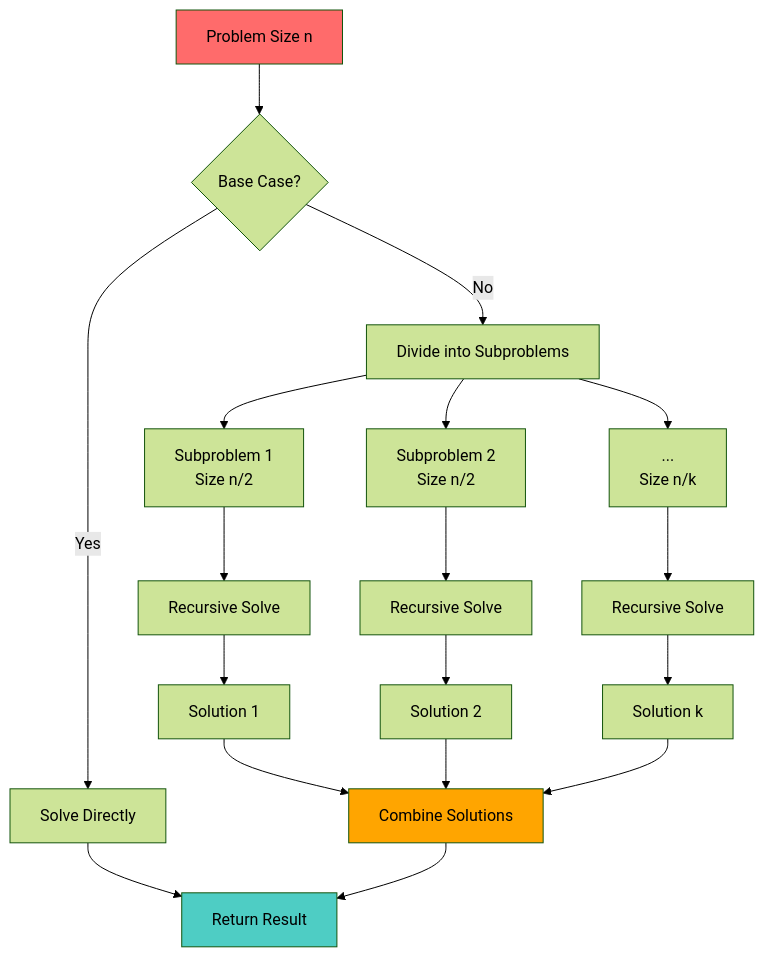
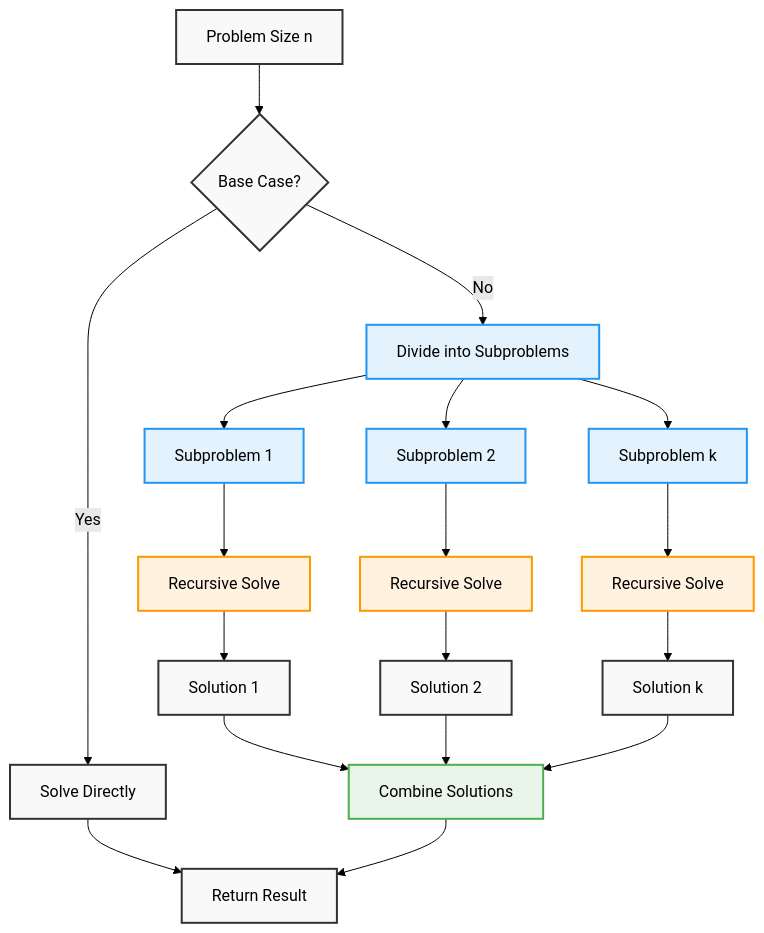
The sixth of 17 diagrams in concepts/algorithm-design.md (AbhishekGiri04/Algorithmics-Foundations), drawn with Mermaid (forest theme) before and after one commit. The commit also changed other lines of this file, not shown here.

Commit message:
Complete algorithm design guide with professional diagrams and comprehensive coverage

````diff
--- a/concepts/algorithm-design.md
+++ b/concepts/algorithm-design.md
@@ -312,28 +256,32 @@
 ```mermaid
 flowchart TD
     A["Problem Size n"] --> B{"Base Case?"}
     B -->|Yes| C["Solve Directly"]
     B -->|No| D["Divide into Subproblems"]
     
-    D --> E["Subproblem 1<br/>Size n/2"]
-    D --> F["Subproblem 2<br/>Size n/2"]
-    D --> G["...<br/>Size n/k"]
+    D --> E["Subproblem 1"]
+    D --> F["Subproblem 2"]
+    D --> G["Subproblem k"]
     
     E --> H["Recursive Solve"]
     F --> I["Recursive Solve"]
     G --> J["Recursive Solve"]
     
     H --> K["Solution 1"]
     I --> L["Solution 2"]
     J --> M["Solution k"]
     
     K --> N["Combine Solutions"]
     L --> N
     M --> N
     C --> O["Return Result"]
     N --> O
     
-    style A fill:#ff6b6b
-    style O fill:#4ecdc4
-    style N fill:#ffa500
+    classDef default fill:#f9f9f9,stroke:#333,stroke-width:2px,color:#000
+    classDef divide fill:#e3f2fd,stroke:#2196f3,stroke-width:2px,color:#000
+    classDef conquer fill:#fff3e0,stroke:#ff9800,stroke-width:2px,color:#000
+    classDef combine fill:#e8f5e8,stroke:#4caf50,stroke-width:2px,color:#000
+    class D,E,F,G divide
+    class H,I,J conquer
+    class N combine
 ```
````
